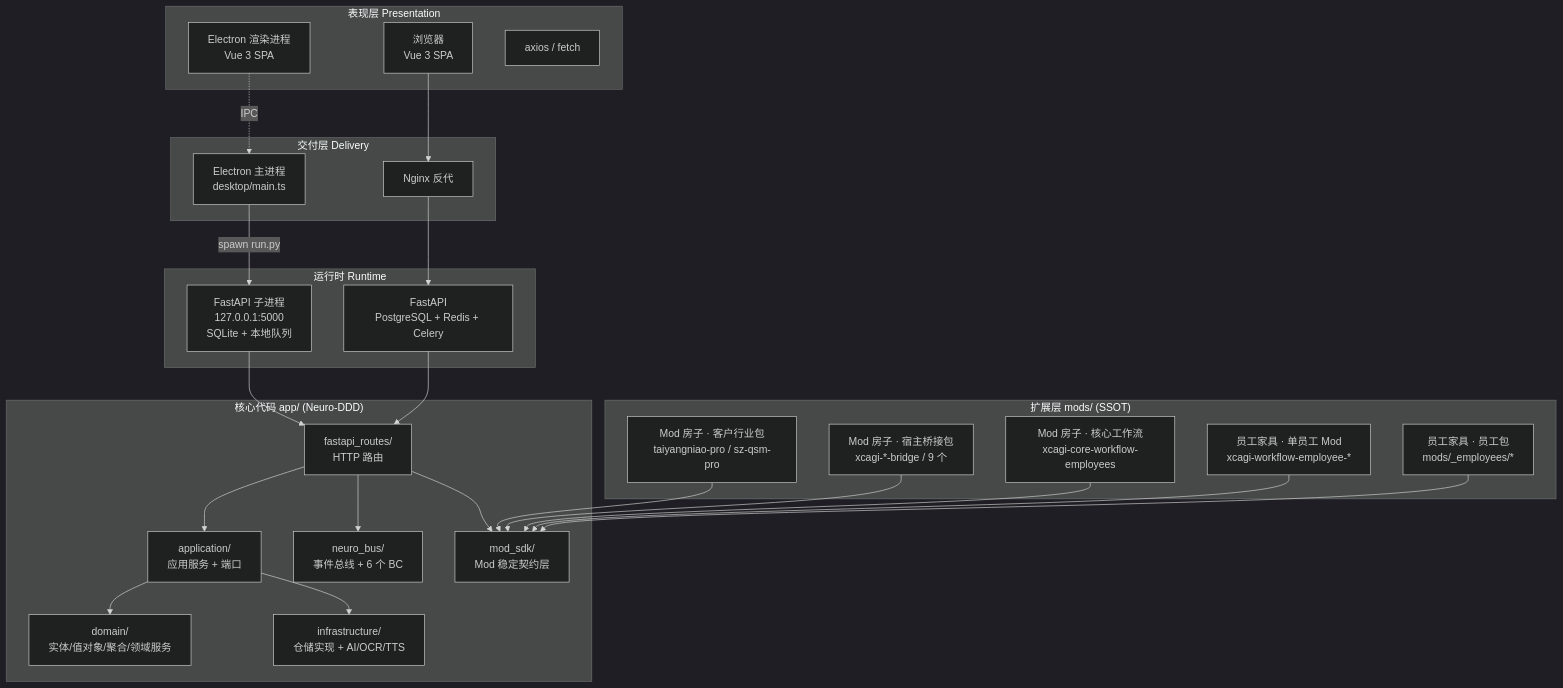
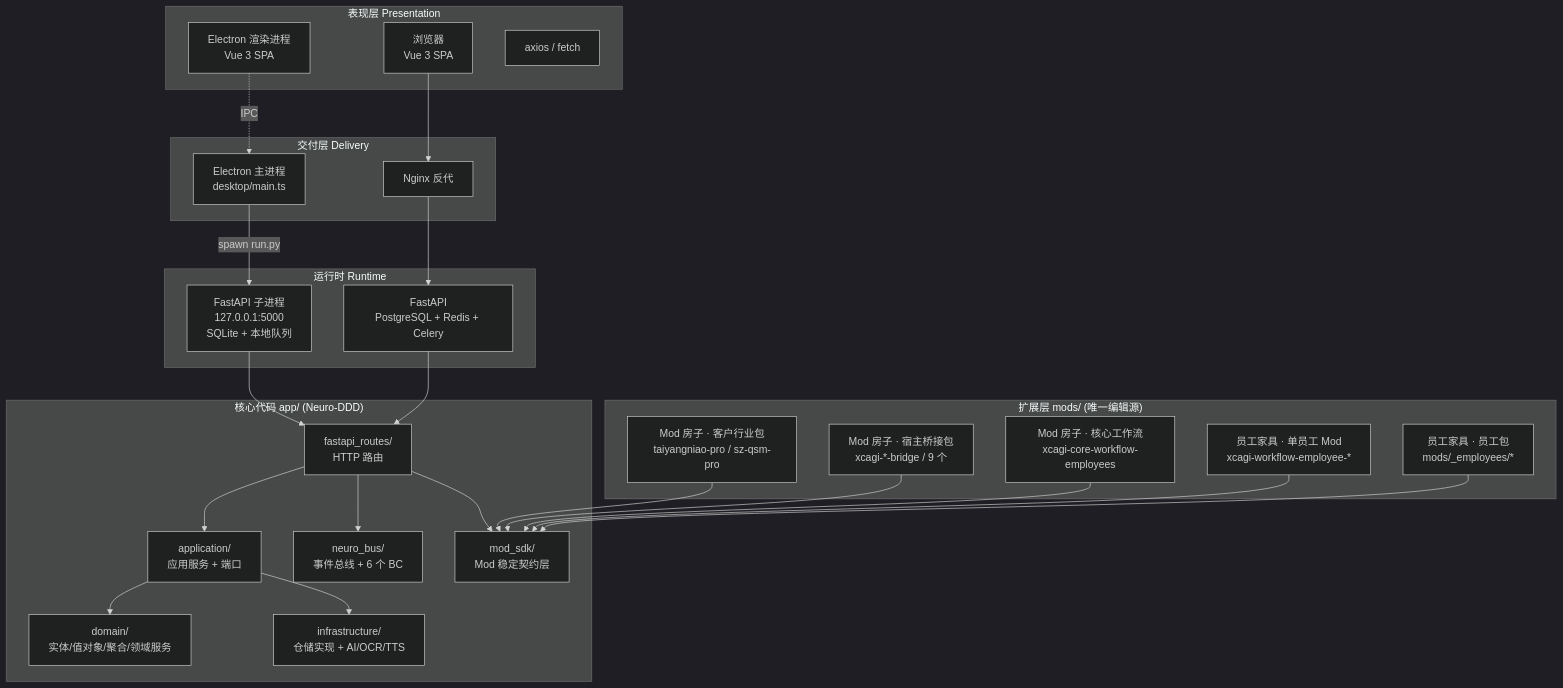
One commit to 42433422/XCMAX changed the first of 6 diagrams in docs/architecture/ARCH-ENTERPRISE-MOD-EMPLOYEE.md. Above: the diagram before and after it, drawn with Mermaid (dark theme).

Commit message:
Fix docs SSOT claim label

````diff
--- a/docs/architecture/ARCH-ENTERPRISE-MOD-EMPLOYEE.md
+++ b/docs/architecture/ARCH-ENTERPRISE-MOD-EMPLOYEE.md
@@ -10,53 +10,53 @@
 ```mermaid
 flowchart TB
     subgraph PRESENTATION["表现层 Presentation"]
         DESK_RENDER["Electron 渲染进程<br/>Vue 3 SPA"]
         WEB_RENDER["浏览器<br/>Vue 3 SPA"]
         API_CLIENT["axios / fetch"]
     end
 
     subgraph DELIVERY["交付层 Delivery"]
         DESK_MAIN["Electron 主进程<br/>desktop/main.ts"]
         NGINX["Nginx 反代"]
     end
 
     subgraph RUNTIME["运行时 Runtime"]
         DESK_FASTAPI["FastAPI 子进程<br/>127.0.0.1:5000<br/>SQLite + 本地队列"]
         WEB_FASTAPI["FastAPI<br/>PostgreSQL + Redis + Celery"]
     end
 
     subgraph APP["核心代码 app/  (Neuro-DDD)"]
         DOMAIN["domain/<br/>实体/值对象/聚合/领域服务"]
         APP_LAYER["application/<br/>应用服务 + 端口"]
         INFRA["infrastructure/<br/>仓储实现 + AI/OCR/TTS"]
         NEURO["neuro_bus/<br/>事件总线 + 6 个 BC"]
         SDK["mod_sdk/<br/>Mod 稳定契约层"]
         FASTAPI_RT["fastapi_routes/<br/>HTTP 路由"]
     end
 
-    subgraph MODS["扩展层 mods/  (SSOT)"]
+    subgraph MODS["扩展层 mods/  (唯一编辑源)"]
         MOD_HOUSE1["Mod 房子 · 客户行业包<br/>taiyangniao-pro / sz-qsm-pro"]
         MOD_HOUSE2["Mod 房子 · 宿主桥接包<br/>xcagi-*-bridge / 9 个"]
         MOD_HOUSE3["Mod 房子 · 核心工作流<br/>xcagi-core-workflow-employees"]
         EMP_FURN1["员工家具 · 单员工 Mod<br/>xcagi-workflow-employee-*"]
         EMP_FURN2["员工家具 · 员工包<br/>mods/_employees/*"]
     end
 
     DESK_RENDER -.IPC.-> DESK_MAIN
     DESK_MAIN --spawn run.py--> DESK_FASTAPI
     WEB_RENDER --> NGINX --> WEB_FASTAPI
 
     DESK_FASTAPI --> FASTAPI_RT
     WEB_FASTAPI --> FASTAPI_RT
     FASTAPI_RT --> SDK
     FASTAPI_RT --> NEURO
     FASTAPI_RT --> APP_LAYER
     APP_LAYER --> DOMAIN
     APP_LAYER --> INFRA
 
     MOD_HOUSE1 --> SDK
     MOD_HOUSE2 --> SDK
     MOD_HOUSE3 --> SDK
     EMP_FURN1 --> SDK
     EMP_FURN2 --> SDK
 ```
````
